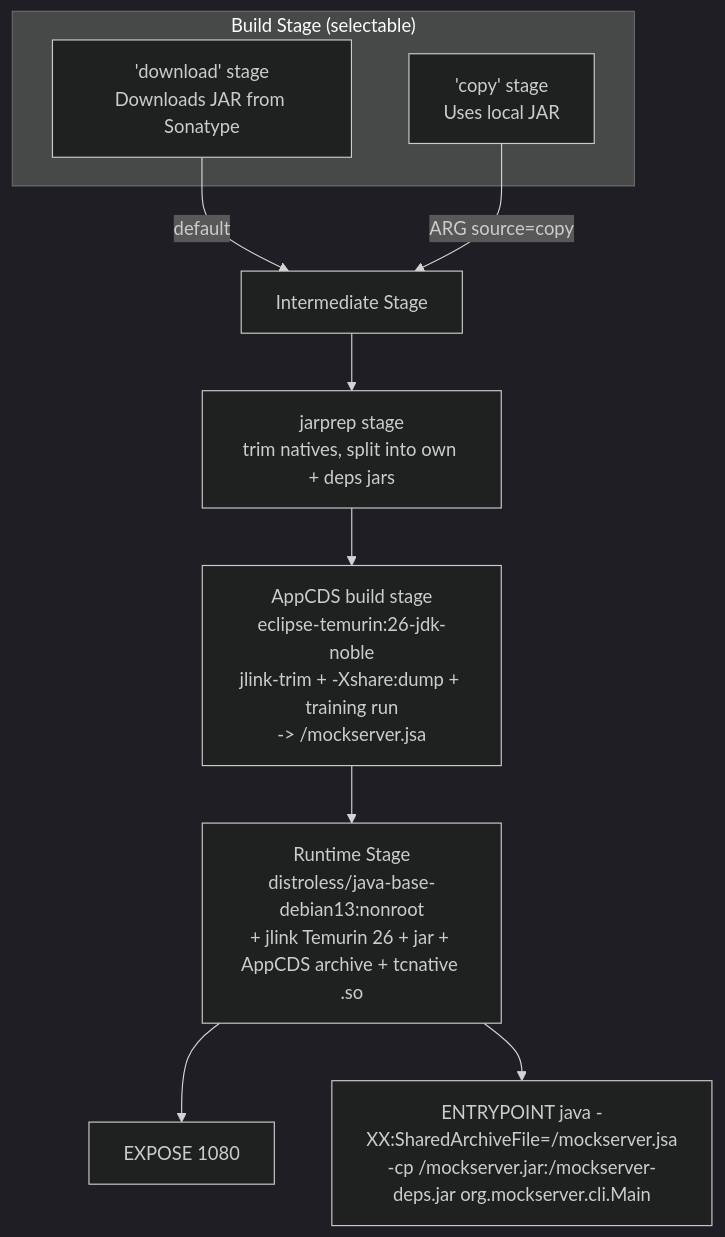
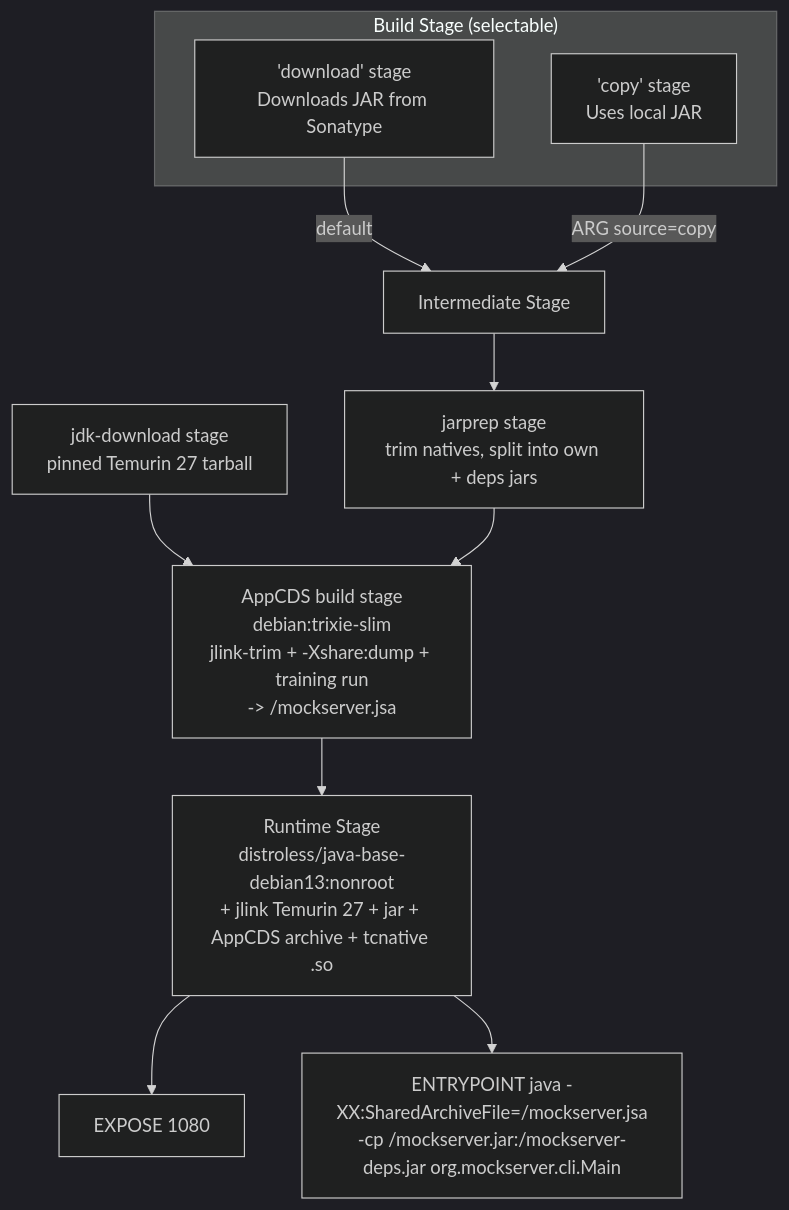
One commit to mock-server/mockserver-monorepo changed the third of 7 diagrams in docs/infrastructure/docker.md. Above: the diagram before and after it, drawn with Mermaid (dark theme). The commit also changed other lines of this file and 40 other files, not shown here.

````diff
--- a/docs/infrastructure/docker.md
+++ b/docs/infrastructure/docker.md
@@ -273,26 +273,28 @@
 ```mermaid
 flowchart TD
     subgraph "Build Stage (selectable)"
         DL["'download' stage
 Downloads JAR from Sonatype"]
         CP["'copy' stage
 Uses local JAR"]
     end
 
     DL -->|default| INT[Intermediate Stage]
     CP -->|ARG source=copy| INT
 
     INT --> JP["jarprep stage
 trim natives, split into own + deps jars"]
+    JD["jdk-download stage
+pinned Temurin 27 tarball"] --> AC
     JP --> AC["AppCDS build stage
-eclipse-temurin:26-jdk-noble
+debian:trixie-slim
 jlink-trim + -Xshare:dump + training run
 -> /mockserver.jsa"]
     AC --> RT["Runtime Stage
 distroless/java-base-debian13:nonroot
-+ jlink Temurin 26 + jar + AppCDS archive + tcnative .so"]
++ jlink Temurin 27 + jar + AppCDS archive + tcnative .so"]
 
     RT --> EXPOSE["EXPOSE 1080"]
     RT --> ENTRY["ENTRYPOINT java -XX:SharedArchiveFile=/mockserver.jsa
 -cp /mockserver.jar:/mockserver-deps.jar org.mockserver.cli.Main"]
 ```
````
